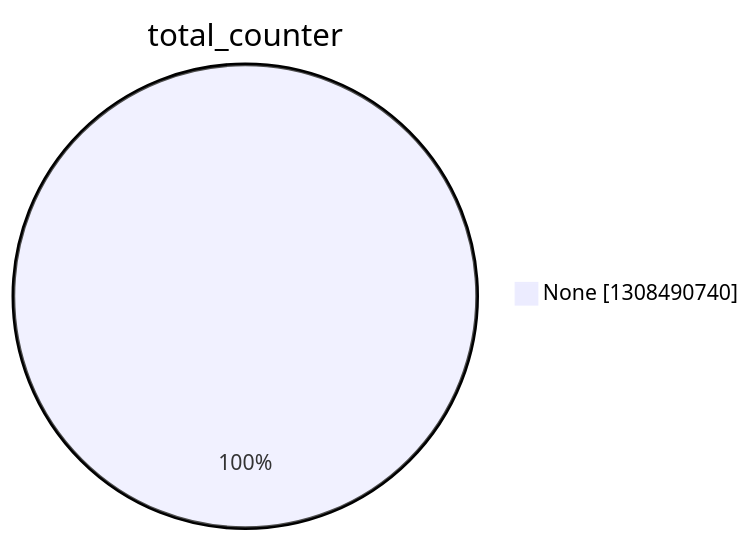
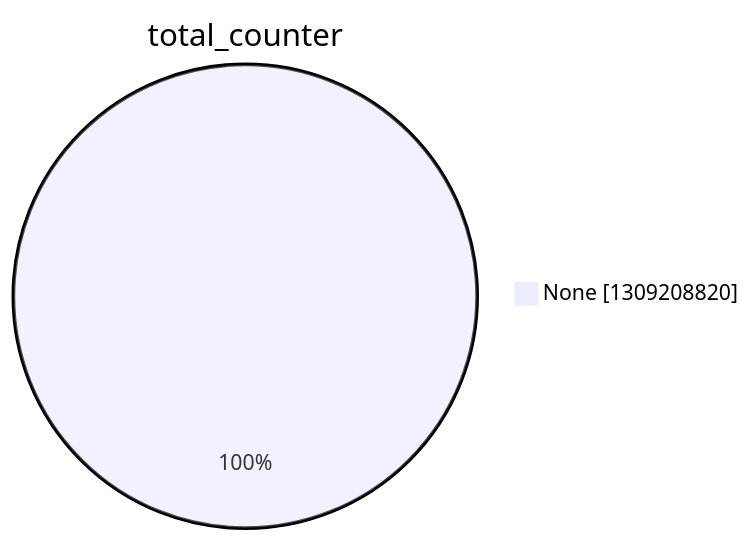
The second of 15 diagrams in argon2022/README.md (christiankrug/ctmonitor_visualization), drawn with Mermaid before and after one commit. The commit also changed other lines of this file, not shown here.

````diff
--- a/argon2022/README.md
+++ b/argon2022/README.md
@@ -9,5 +9,5 @@
 ```mermaid
 pie showData
 title total_counter
-"None" :1308490740
+"None" :1309208820
 ```
````
